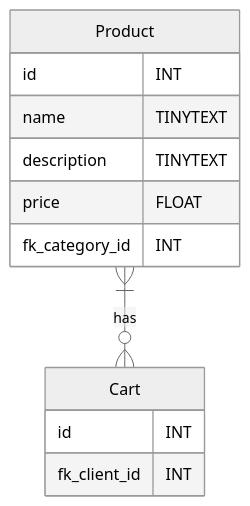
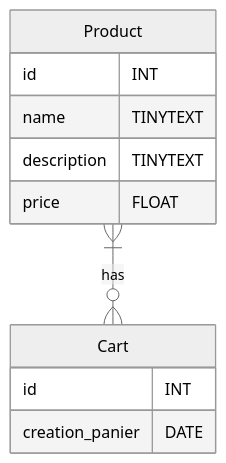
The diagram in SQL/TP/shoe-shop-part-3.md (CHAOUCHI/parcours_cda), drawn with Mermaid (neutral theme) before and after one commit. The commit also changed 6 other files, not shown here.

````diff
--- a/SQL/TP/shoe-shop-part-3.md
+++ b/SQL/TP/shoe-shop-part-3.md
@@ -17,15 +17,14 @@
 ```mermaid
 erDiagram
 Product}|--o{Cart : has
 Product{
     id INT
     name TINYTEXT
     description TINYTEXT
     price FLOAT
-    fk_category_id INT
 }
 Cart{
     id INT
-    fk_client_id INT
+    creation_panier DATE
 }
 ```
````
